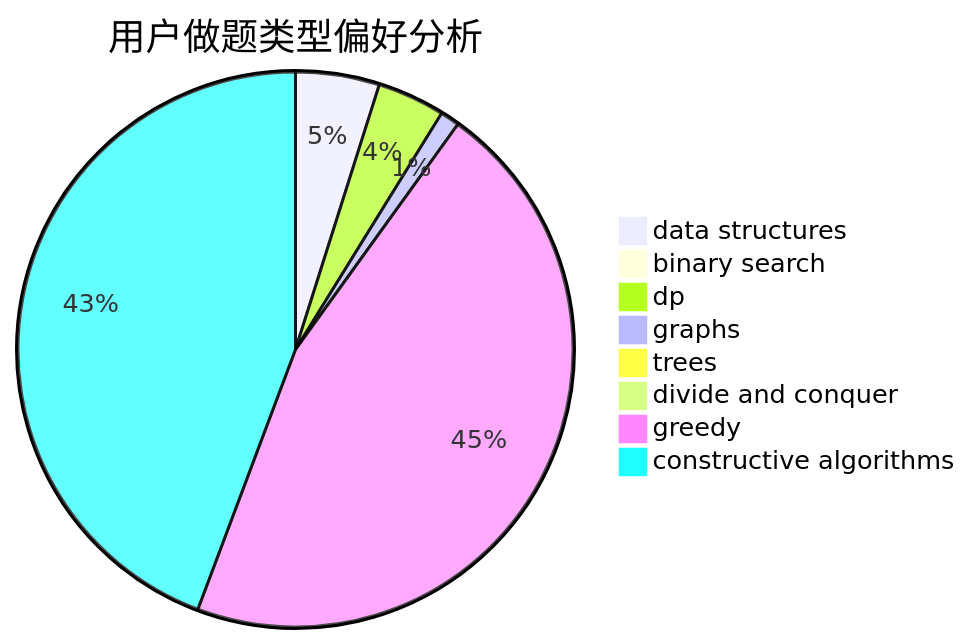
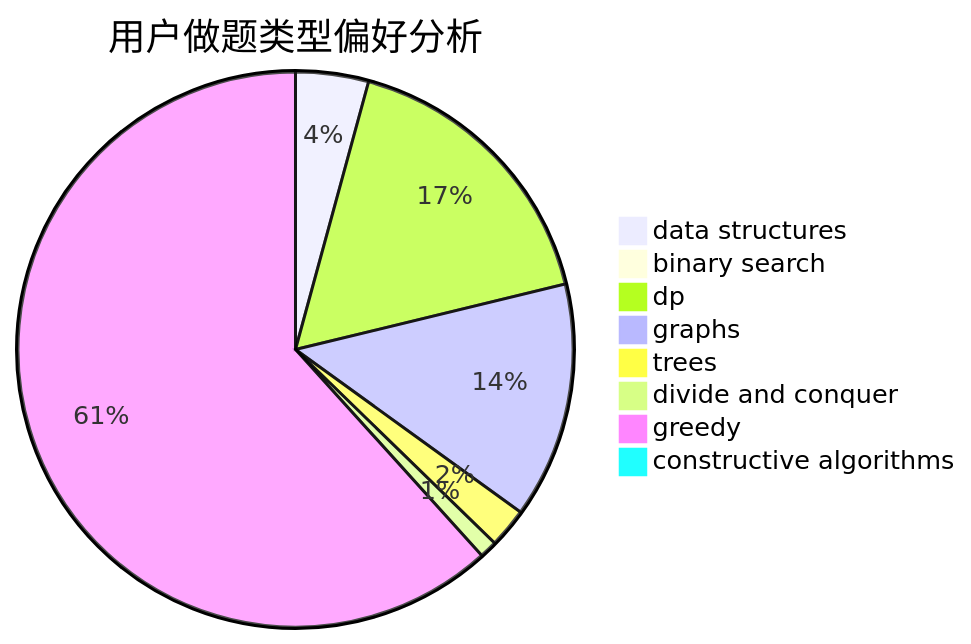
The second of 3 diagrams in docs/user/u1870.md (sherpahu/cfrs.github.io), drawn with Mermaid before and after one commit. The commit also changed other lines of this file and 2770 other files, not shown here.

````diff
--- a/docs/user/u1870.md
+++ b/docs/user/u1870.md
@@ -23,11 +23,11 @@
 ```mermaid
 pie title 用户做题类型偏好分析
-    "data structures" :  26
-    "binary search" :  3
-    "dp" :  21
-    "graphs" :  6
-    "trees" :  4
-    "divide and conquer" :  4
-    "greedy" :  244
-    "constructive algorithms" :  236
+    "data structures" :  33
+    "binary search" :  7
+    "dp" :  132
+    "graphs" :  107
+    "trees" :  18
+    "divide and conquer" :  8
+    "greedy" :  480
+    "constructive algorithms" :  2
 ```
````
